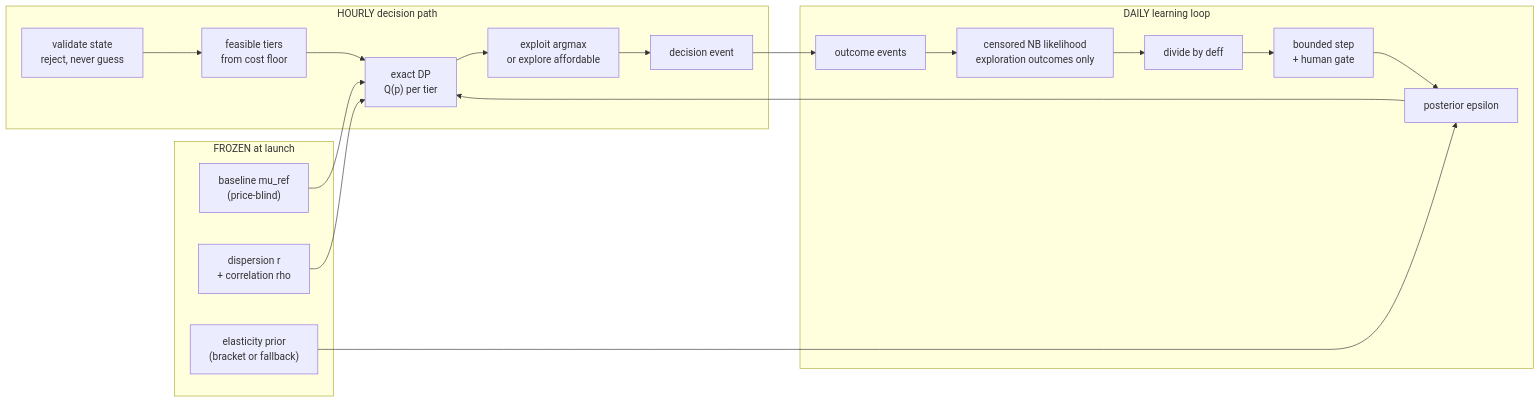
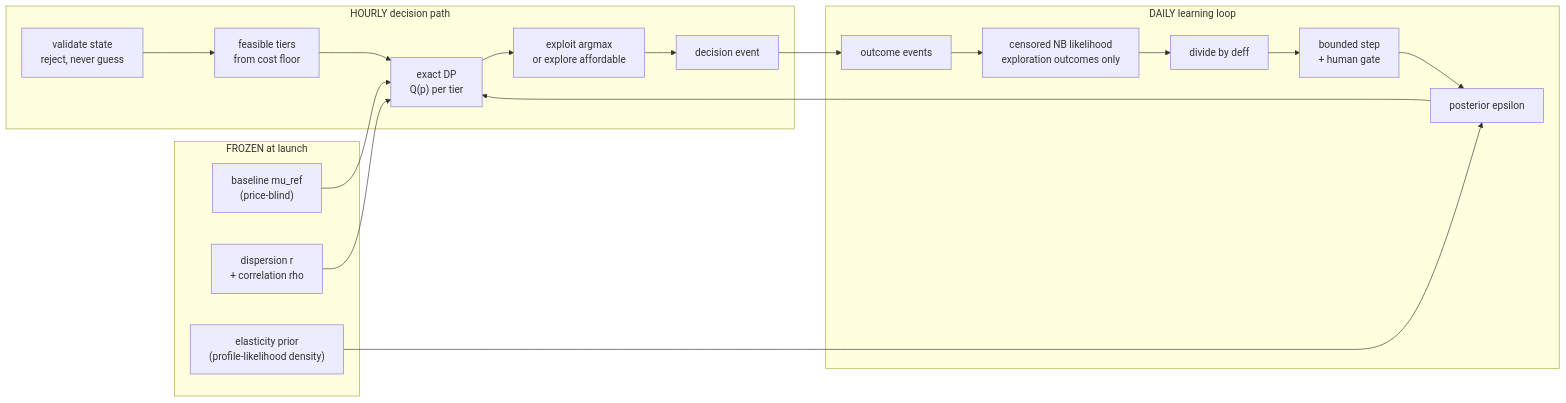
One commit to Kamalyunus/fresh-markdown changed the first of 3 diagrams in docs/design.md. Above: the diagram before and after it, drawn with Mermaid. The commit also changed other lines of this file and 4 other files, not shown here.

````diff
--- a/docs/design.md
+++ b/docs/design.md
@@ -667,25 +668,25 @@
 ```mermaid
 flowchart LR
   subgraph FROZEN["FROZEN at launch"]
     M["baseline mu_ref<br/>(price-blind)"]
     R["dispersion r<br/>+ correlation rho"]
-    P["elasticity prior<br/>(bracket or fallback)"]
+    P["elasticity prior<br/>(profile-likelihood density)"]
   end
   subgraph HOURLY["HOURLY decision path"]
     V["validate state<br/>reject, never guess"] --> T["feasible tiers<br/>from cost floor"]
     T --> D["exact DP<br/>Q(p) per tier"]
     D --> X["exploit argmax<br/>or explore affordable"]
     X --> E["decision event"]
   end
   subgraph DAILY["DAILY learning loop"]
     O["outcome events"] --> L["censored NB likelihood<br/>exploration outcomes only"]
     L --> DF["divide by deff"]
     DF --> B["bounded step<br/>+ human gate"]
     B --> PO["posterior epsilon"]
   end
   M --> D
   R --> D
   P --> PO
   PO --> D
   E --> O
 ```
````
